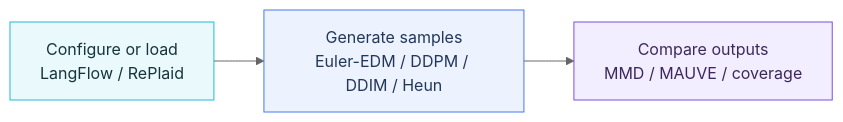
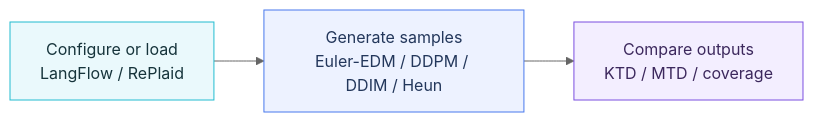
One commit to polyadic-research/open_cdlm changed the diagram in README.md. Above: the diagram before and after it, drawn with Mermaid (neutral theme). The commit also changed other lines of this file and 149 other files, not shown here.

````diff
--- a/README.md
+++ b/README.md
@@ -50,8 +50,8 @@
 ```mermaid
 flowchart LR
     A["Configure or load<br/>LangFlow / RePlaid"] --> B["Generate samples<br/>Euler-EDM / DDPM / DDIM / Heun"]
-    B --> C["Compare outputs<br/>MMD / MAUVE / coverage"]
+    B --> C["Compare outputs<br/>KTD / MTD / coverage"]
     style A fill:#eaf9fc,stroke:#22BCD0,color:#16343b
     style B fill:#edf2ff,stroke:#4879ED,color:#23375b
     style C fill:#f3eeff,stroke:#7B4FE0,color:#3c285d
 ```
````
